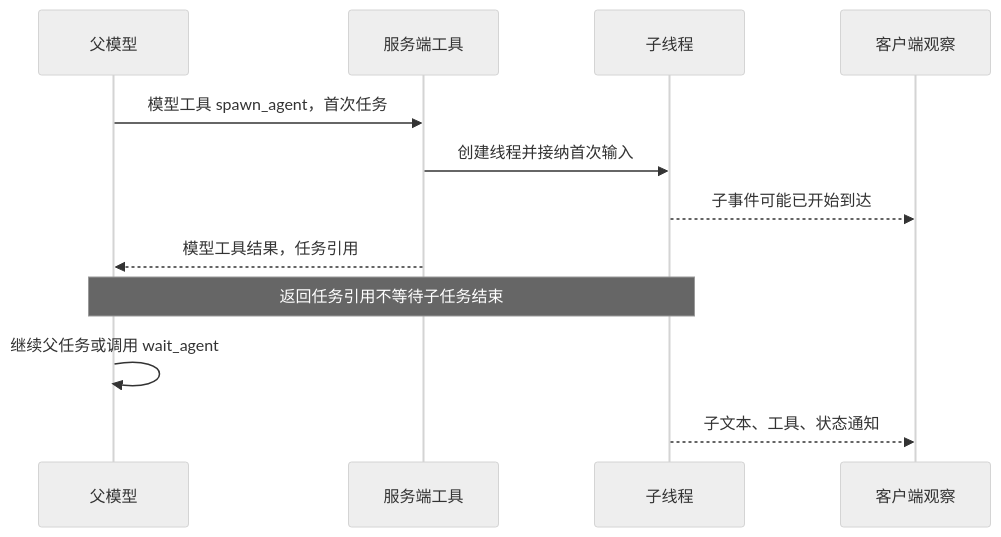
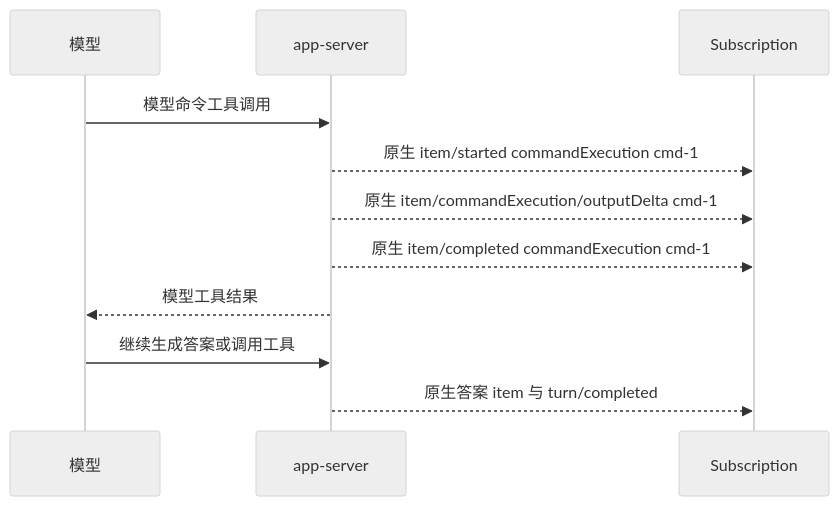
One commit to zoumo/agent-sdk-go changed the second of 7 diagrams in docs/event-sequences.md. Above: the diagram before and after it, drawn with Mermaid (neutral theme). The commit also changed other lines of this file and 26 other files, not shown here.

````diff
--- a/docs/event-sequences.md
+++ b/docs/event-sequences.md
@@ -98,14 +63,13 @@
 ```mermaid
 sequenceDiagram
-    participant P as 父模型
-    participant R as 服务端工具
-    participant C as 子线程
-    participant O as 客户端观察
-    P->>R: 模型工具 spawn_agent，首次任务
-    R->>C: 创建线程并接纳首次输入
-    C-->>O: 子事件可能已开始到达
-    R-->>P: 模型工具结果，任务引用
-    Note over P,C: 返回任务引用不等待子任务结束
-    P->>P: 继续父任务或调用 wait_agent
-    C-->>O: 子文本、工具、状态通知
+    participant M as 模型
+    participant S as app-server
+    participant O as Subscription
+    M->>S: 模型命令工具调用
+    S-->>O: 原生 item/started commandExecution cmd-1
+    S-->>O: 原生 item/commandExecution/outputDelta cmd-1
+    S-->>O: 原生 item/completed commandExecution cmd-1
+    S-->>M: 模型工具结果
+    M->>S: 继续生成答案或调用工具
+    S-->>O: 原生答案 item 与 turn/completed
 ```
````
